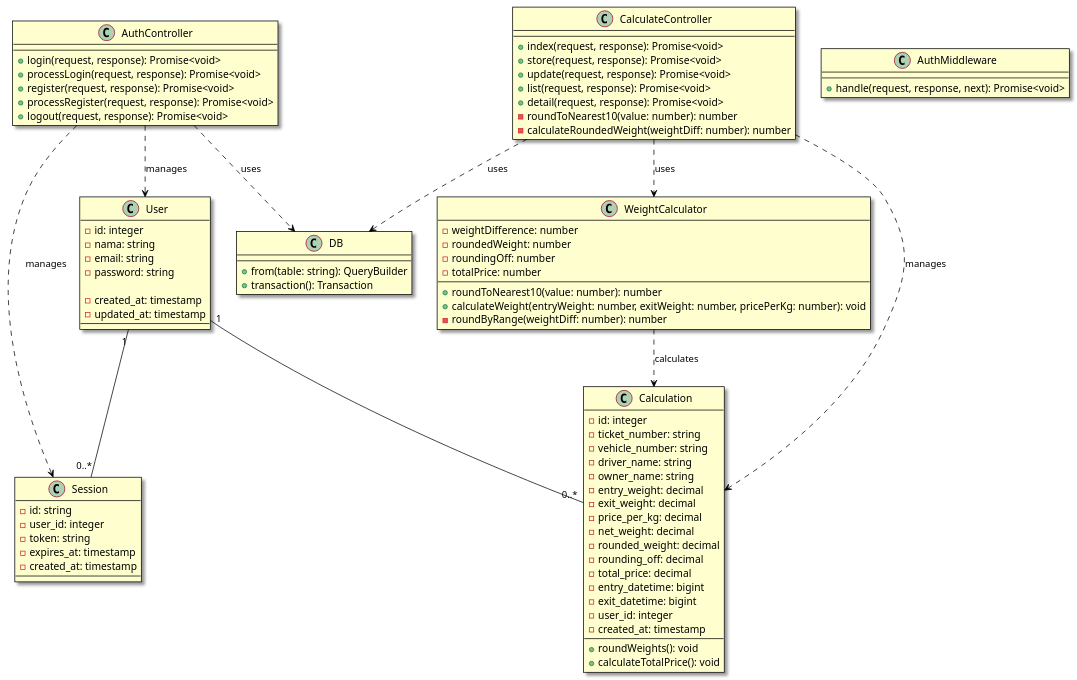
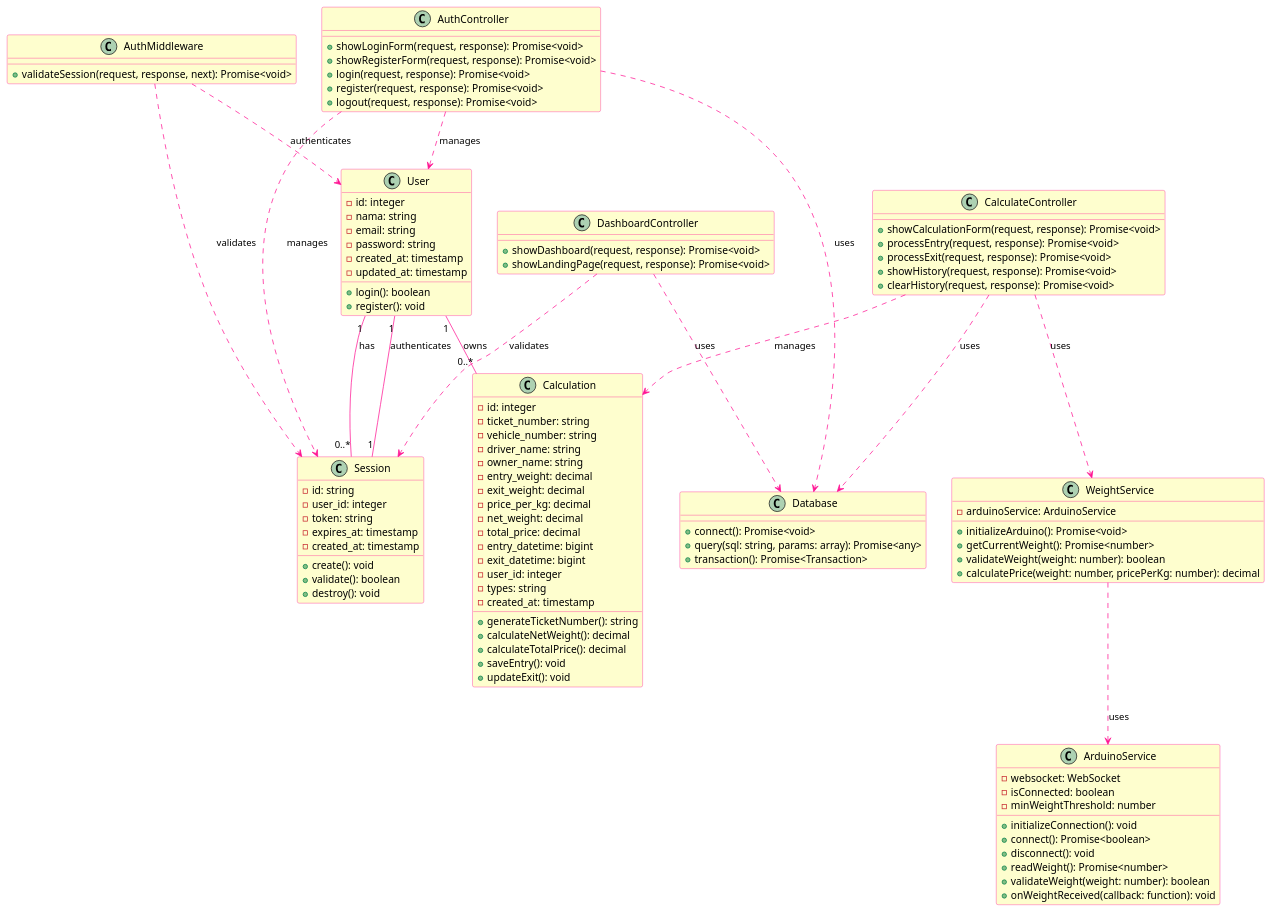
The diagram in diagram/class-diagram.puml (MasRama/dan-weight), drawn with PlantUML before and after one commit. The commit also changed 4 other files, not shown here.

```diff
--- a/diagram/class-diagram.puml
+++ b/diagram/class-diagram.puml
@@ -1,102 +1,124 @@
 @startuml
 
-skin rose
-
-' Styling
 skinparam class {
     BackgroundColor #FEFECE
-    BorderColor #000000
-    ArrowColor #000000
+    BorderColor DeepPink
+    ArrowColor DeepPink
 }
 
 class User {
     -id: integer
     -nama: string
     -email: string
     -password: string
-    
     -created_at: timestamp
     -updated_at: timestamp
+    +login(): boolean
+    +register(): void
 }
 
 class Session {
     -id: string
     -user_id: integer
     -token: string
     -expires_at: timestamp
     -created_at: timestamp
+    +create(): void
+    +validate(): boolean
+    +destroy(): void
 }
 
 class Calculation {
     -id: integer
     -ticket_number: string
     -vehicle_number: string
     -driver_name: string
     -owner_name: string
     -entry_weight: decimal
     -exit_weight: decimal
     -price_per_kg: decimal
     -net_weight: decimal
-    -rounded_weight: decimal
-    -rounding_off: decimal
     -total_price: decimal
     -entry_datetime: bigint
     -exit_datetime: bigint
     -user_id: integer
+    -types: string
     -created_at: timestamp
-    +roundWeights(): void
-    +calculateTotalPrice(): void
+    +generateTicketNumber(): string
+    +calculateNetWeight(): decimal
+    +calculateTotalPrice(): decimal
+    +saveEntry(): void
+    +updateExit(): void
+}
+
+class ArduinoService {
+    -websocket: WebSocket
+    -isConnected: boolean
+    -minWeightThreshold: number
+    +initializeConnection(): void
+    +connect(): Promise<boolean>
+    +disconnect(): void
+    +readWeight(): Promise<number>
+    +validateWeight(weight: number): boolean
+    +onWeightReceived(callback: function): void
+}
+
+class DashboardController {
+    +showDashboard(request, response): Promise<void>
+    +showLandingPage(request, response): Promise<void>
 }
 
 class AuthController {
+    +showLoginForm(request, response): Promise<void>
+    +showRegisterForm(request, response): Promise<void>
     +login(request, response): Promise<void>
-    +processLogin(request, response): Promise<void>
     +register(request, response): Promise<void>
-    +processRegister(request, response): Promise<void>
     +logout(request, response): Promise<void>
-    
 }
 
 class CalculateController {
-    +index(request, response): Promise<void>
-    +store(request, response): Promise<void>
-    +update(request, response): Promise<void>
-    +list(request, response): Promise<void>
-    +detail(request, response): Promise<void>
-    -roundToNearest10(value: number): number
-    -calculateRoundedWeight(weightDiff: number): number
+    +showCalculationForm(request, response): Promise<void>
+    +processEntry(request, response): Promise<void>
+    +processExit(request, response): Promise<void>
+    +showHistory(request, response): Promise<void>
+    +clearHistory(request, response): Promise<void>
 }
 
-class WeightCalculator {
-    -weightDifference: number
-    -roundedWeight: number
-    -roundingOff: number
-    -totalPrice: number
-    +roundToNearest10(value: number): number
-    +calculateWeight(entryWeight: number, exitWeight: number, pricePerKg: number): void
-    -roundByRange(weightDiff: number): number
+class WeightService {
+    -arduinoService: ArduinoService
+    +initializeArduino(): Promise<void>
+    +getCurrentWeight(): Promise<number>
+    +validateWeight(weight: number): boolean
+    +calculatePrice(weight: number, pricePerKg: number): decimal
 }
 
-class DB {
-    +from(table: string): QueryBuilder
-    +transaction(): Transaction
+class Database {
+    +connect(): Promise<void>
+    +query(sql: string, params: array): Promise<any>
+    +transaction(): Promise<Transaction>
 }
 
-
-
 class AuthMiddleware {
-    +handle(request, response, next): Promise<void>
+    +validateSession(request, response, next): Promise<void>
 }
 
 ' Relationships
-User "1" -- "0..*" Session
-User "1" -- "0..*" Calculation
+User "1" -- "0..*" Session : has
+User "1" -- "0..*" Calculation : owns
+Session "1" -- "1" User : authenticates
+
 AuthController ..> User : manages
 AuthController ..> Session : manages
+DashboardController ..> Session : validates
 CalculateController ..> Calculation : manages
-CalculateController ..> WeightCalculator : uses
-WeightCalculator ..> Calculation : calculates
-AuthController ..> DB : uses
-CalculateController ..> DB : uses
+CalculateController ..> WeightService : uses
+WeightService ..> ArduinoService : uses
+
+AuthController ..> Database : uses
+CalculateController ..> Database : uses
+DashboardController ..> Database : uses
+
+AuthMiddleware ..> Session : validates
+AuthMiddleware ..> User : authenticates
 
 @enduml
```
